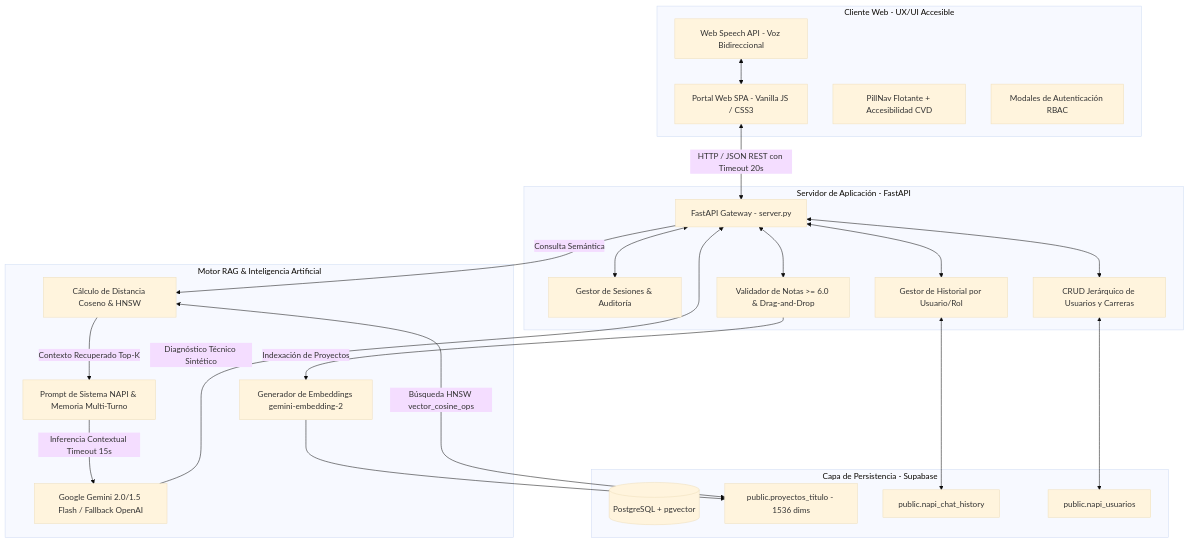
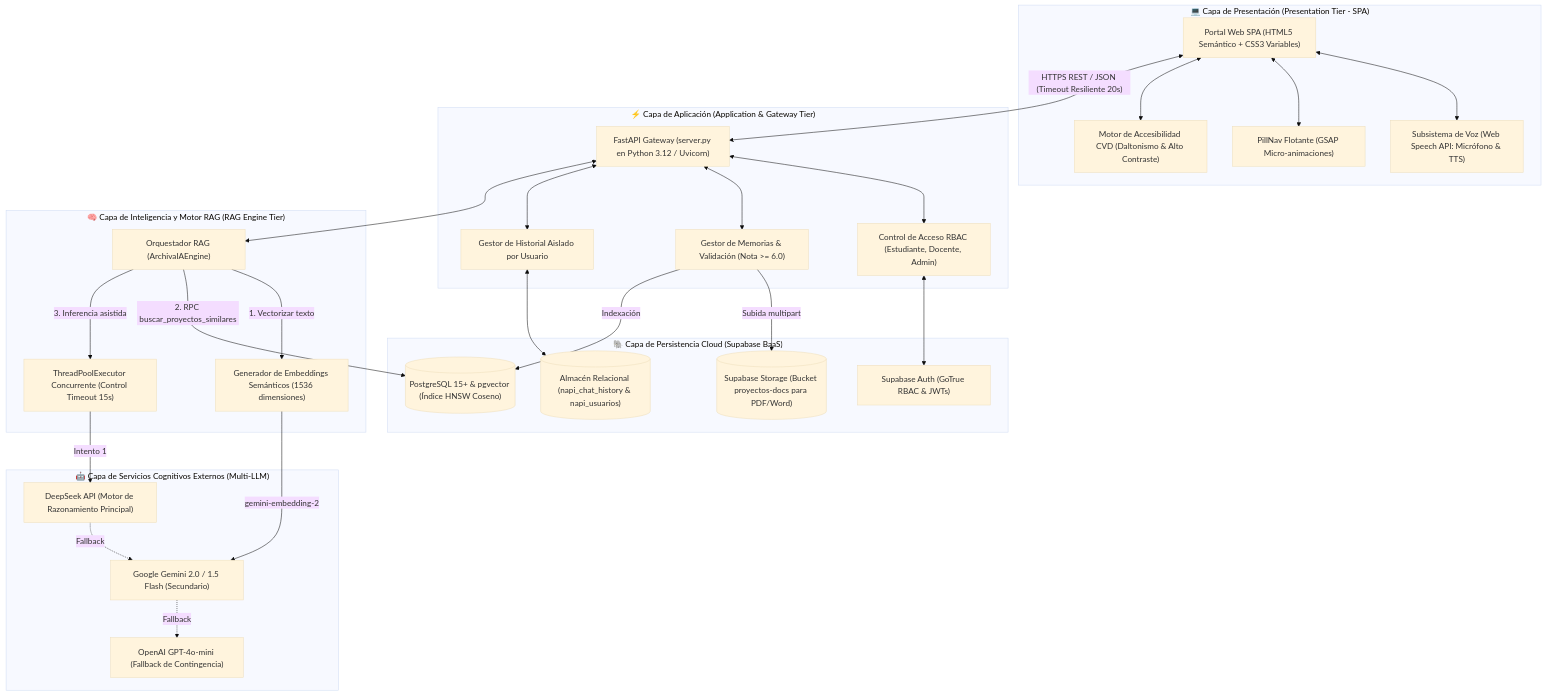
One commit to MemoryTesis2026/N.A.P.I changed the second of 6 diagrams in README.md. Above: the diagram before and after it, drawn with Mermaid (base theme). The commit also changed other lines of this file, not shown here.

Commit message:
docs: integrar los 5 diagramas de arquitectura enterprise de forma separada y detallada en README

````diff
--- a/README.md
+++ b/README.md
@@ -133,47 +133,59 @@
 ```mermaid
-graph TD
-    subgraph Frontend [Cliente Web - UX/UI Accesible]
-        UI[Portal Web SPA - Vanilla JS / CSS3]
-        Nav[PillNav Flotante + Accesibilidad CVD]
-        Voice[Web Speech API - Voz Bidireccional]
-        Modals[Modales de Autenticación RBAC]
+graph TB
+    subgraph PresentationTier ["💻 Capa de Presentación (Presentation Tier - SPA)"]
+        UI["Portal Web SPA (HTML5 Semántico + CSS3 Variables)"]
+        Audio["Subsistema de Voz (Web Speech API: Micrófono & TTS)"]
+        Nav["PillNav Flotante (GSAP Micro-animaciones)"]
+        Access["Motor de Accesibilidad CVD (Daltonismo & Alto Contraste)"]
     end
 
-    subgraph Backend [Servidor de Aplicación - FastAPI]
-        API[FastAPI Gateway - server.py]
-        Auth[Gestor de Sesiones & Auditoría]
-        AdminModule[CRUD Jerárquico de Usuarios y Carreras]
-        ProjectModule[Validador de Notas >= 6.0 & Drag-and-Drop]
-        ChatModule[Gestor de Historial por Usuario/Rol]
+    subgraph ApplicationTier ["⚡ Capa de Aplicación (Application & Gateway Tier)"]
+        Gateway["FastAPI Gateway (server.py en Python 3.12 / Uvicorn)"]
+        RBAC["Control de Acceso RBAC (Estudiante, Docente, Admin)"]
+        DocManager["Gestor de Memorias & Validación (Nota >= 6.0)"]
+        ChatManager["Gestor de Historial Aislado por Usuario"]
     end
 
-    subgraph RAG_Engine [Motor RAG & Inteligencia Artificial]
-        EmbedEngine[Generador de Embeddings gemini-embedding-2]
-        CosineCalc[Cálculo de Distancia Coseno & HNSW]
-        PromptGen[Prompt de Sistema NAPI & Memoria Multi-Turno]
-        LLM[Google Gemini 2.0/1.5 Flash / Fallback OpenAI]
+    subgraph RAGTier ["🧠 Capa de Inteligencia y Motor RAG (RAG Engine Tier)"]
+        RAGOrchestrator["Orquestador RAG (ArchivaIAEngine)"]
+        VectorService["Generador de Embeddings Semánticos (1536 dimensiones)"]
+        ThreadPool["ThreadPoolExecutor Concurrente (Control Timeout 15s)"]
     end
 
-    subgraph Database [Capa de Persistencia - Supabase]
-        PG[(PostgreSQL + pgvector)]
-        TableProjects[public.proyectos_titulo - 1536 dims]
-        TableChat[public.napi_chat_history]
-        TableUsers[public.napi_usuarios]
+    subgraph AITier ["🤖 Capa de Servicios Cognitivos Externos (Multi-LLM)"]
+        DeepSeek["DeepSeek API (Motor de Razonamiento Principal)"]
+        Gemini["Google Gemini 2.0 / 1.5 Flash (Secundario)"]
+        OpenAI["OpenAI GPT-4o-mini (Fallback de Contingencia)"]
     end
 
-    UI <-->|HTTP / JSON REST con Timeout 20s| API
-    Voice <--> UI
-    API <--> Auth
-    API <--> AdminModule
-    API <--> ProjectModule
-    API <--> ChatModule
-    ProjectModule -->|Indexación de Proyectos| EmbedEngine
-    ChatModule <--> TableChat
-    AdminModule <--> TableUsers
-    EmbedEngine --> TableProjects
-    API -->|Consulta Semántica| CosineCalc
-    CosineCalc <-->|Búsqueda HNSW vector_cosine_ops| TableProjects
-    CosineCalc -->|Contexto Recuperado Top-K| PromptGen
-    PromptGen -->|Inferencia Contextual Timeout 15s| LLM
-    LLM -->|Diagnóstico Técnico Sintético| API
+    subgraph PersistenceTier ["🐘 Capa de Persistencia Cloud (Supabase BaaS)"]
+        PGVector[("PostgreSQL 15+ & pgvector (Índice HNSW Coseno)")]
+        PGRelational[("Almacén Relacional (napi_chat_history & napi_usuarios)")]
+        Storage[("Supabase Storage (Bucket proyectos-docs para PDF/Word)")]
+        AuthService["Supabase Auth (GoTrue RBAC & JWTs)"]
+    end
+
+    UI <--> Audio
+    UI <--> Nav
+    UI <--> Access
+    UI <-->|"HTTPS REST / JSON (Timeout Resiliente 20s)"| Gateway
+
+    Gateway <--> RBAC
+    Gateway <--> DocManager
+    Gateway <--> ChatManager
+    Gateway <--> RAGOrchestrator
+
+    RAGOrchestrator -->|"1. Vectorizar texto"| VectorService
+    VectorService -->|"gemini-embedding-2"| Gemini
+    RAGOrchestrator -->|"2. RPC buscar_proyectos_similares"| PGVector
+    RAGOrchestrator -->|"3. Inferencia asistida"| ThreadPool
+
+    ThreadPool -->|"Intento 1"| DeepSeek
+    DeepSeek -.->|"Fallback"| Gemini
+    Gemini -.->|"Fallback"| OpenAI
+
+    DocManager -->|"Subida multipart"| Storage
+    DocManager -->|"Indexación"| PGVector
+    ChatManager <--> PGRelational
+    RBAC <--> AuthService
 ```
````
